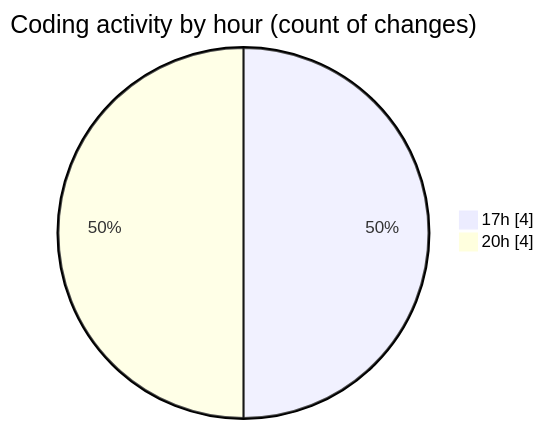
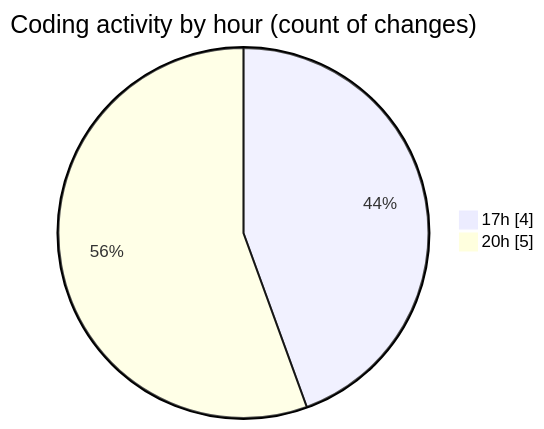
One commit to idhammustaqopulfikri/code-tracking changed the second of 2 diagrams in 2025-05-16/booking/README.md. Above: the diagram before and after it, drawn with Mermaid. The commit also changed other lines of this file and 1 other file, not shown here.

````diff
--- a/2025-05-16/booking/README.md
+++ b/2025-05-16/booking/README.md
@@ -33,6 +34,6 @@
 ```mermaid
 pie showData
 title Coding activity by hour (count of changes)
 "17h" : 4
-"20h" : 4
+"20h" : 5
 ```
````
